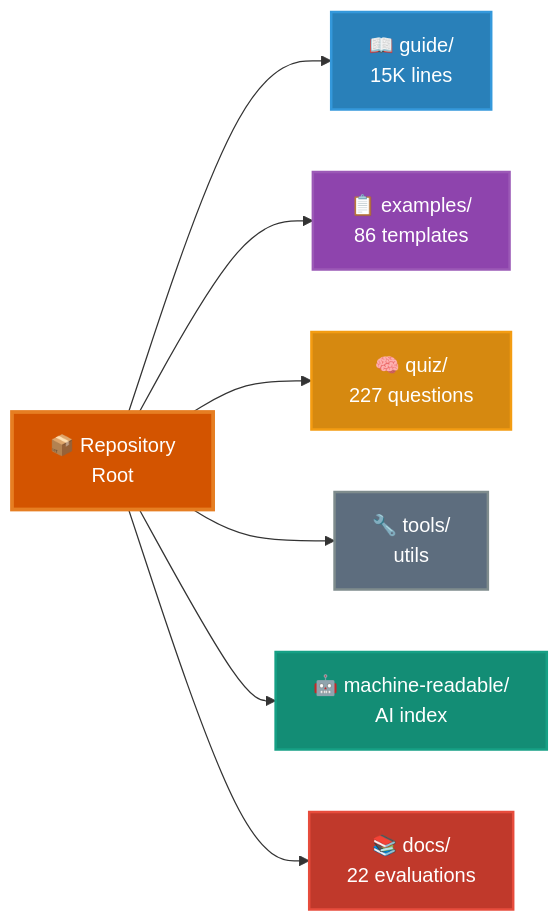
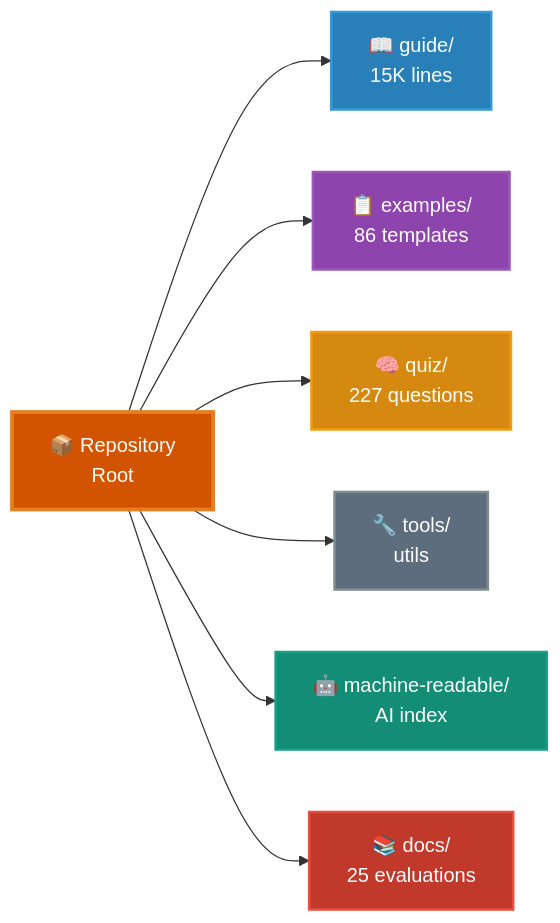
The diagram in README.md (scostello/claude-code-ultimate-guide), drawn with Mermaid before and after one commit. The commit also changed other lines of this file and 8 other files, not shown here.

````diff
--- a/README.md
+++ b/README.md
@@ -65,19 +65,19 @@
 ```mermaid
 graph LR
     root[📦 Repository<br/>Root]
 
     root --> guide[📖 guide/<br/>15K lines]
     root --> examples[📋 examples/<br/>86 templates]
     root --> quiz[🧠 quiz/<br/>227 questions]
     root --> tools[🔧 tools/<br/>utils]
     root --> machine[🤖 machine-readable/<br/>AI index]
-    root --> docs[📚 docs/<br/>22 evaluations]
+    root --> docs[📚 docs/<br/>25 evaluations]
 
     style root fill:#d35400,stroke:#e67e22,stroke-width:3px,color:#fff
     style guide fill:#2980b9,stroke:#3498db,stroke-width:2px,color:#fff
     style examples fill:#8e44ad,stroke:#9b59b6,stroke-width:2px,color:#fff
     style quiz fill:#d68910,stroke:#f39c12,stroke-width:2px,color:#fff
     style tools fill:#5d6d7e,stroke:#7f8c8d,stroke-width:2px,color:#fff
     style machine fill:#138d75,stroke:#16a085,stroke-width:2px,color:#fff
     style docs fill:#c0392b,stroke:#e74c3c,stroke-width:2px,color:#fff
 ```
````
